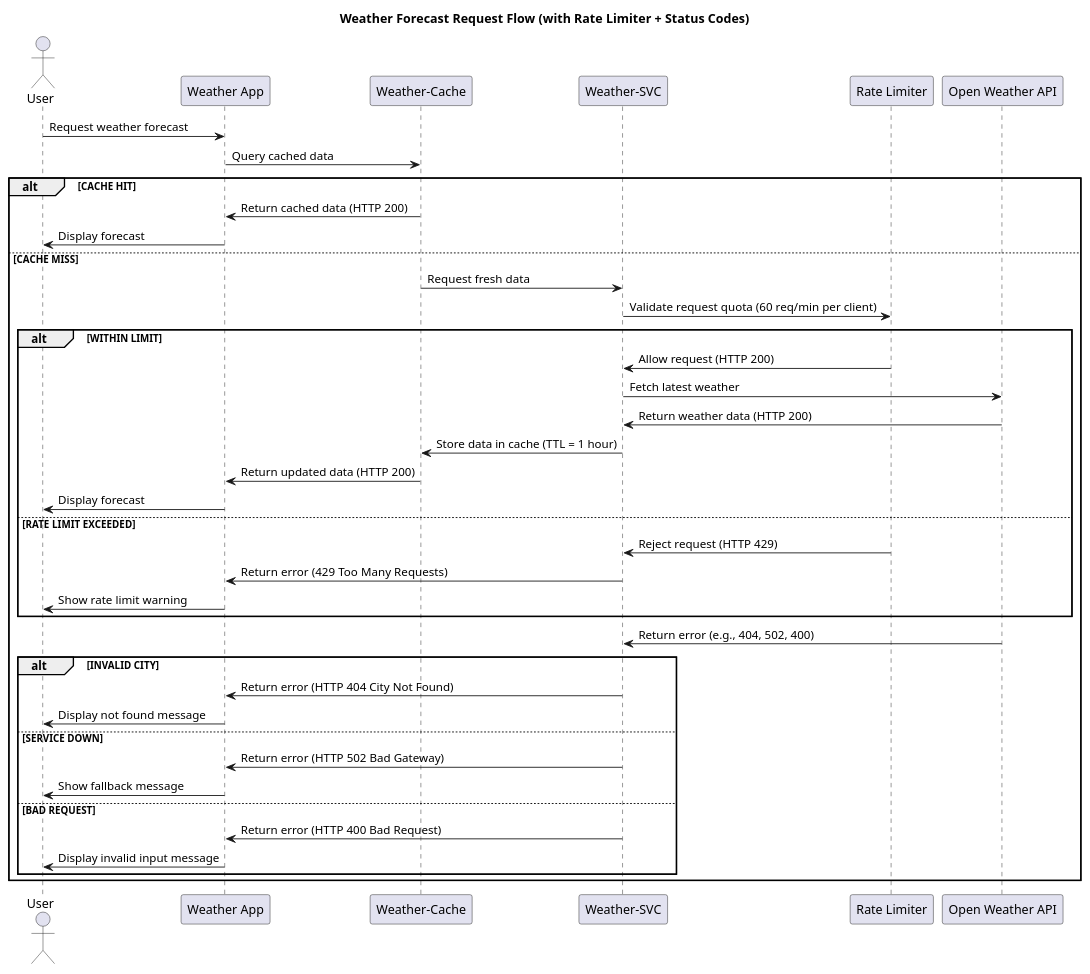
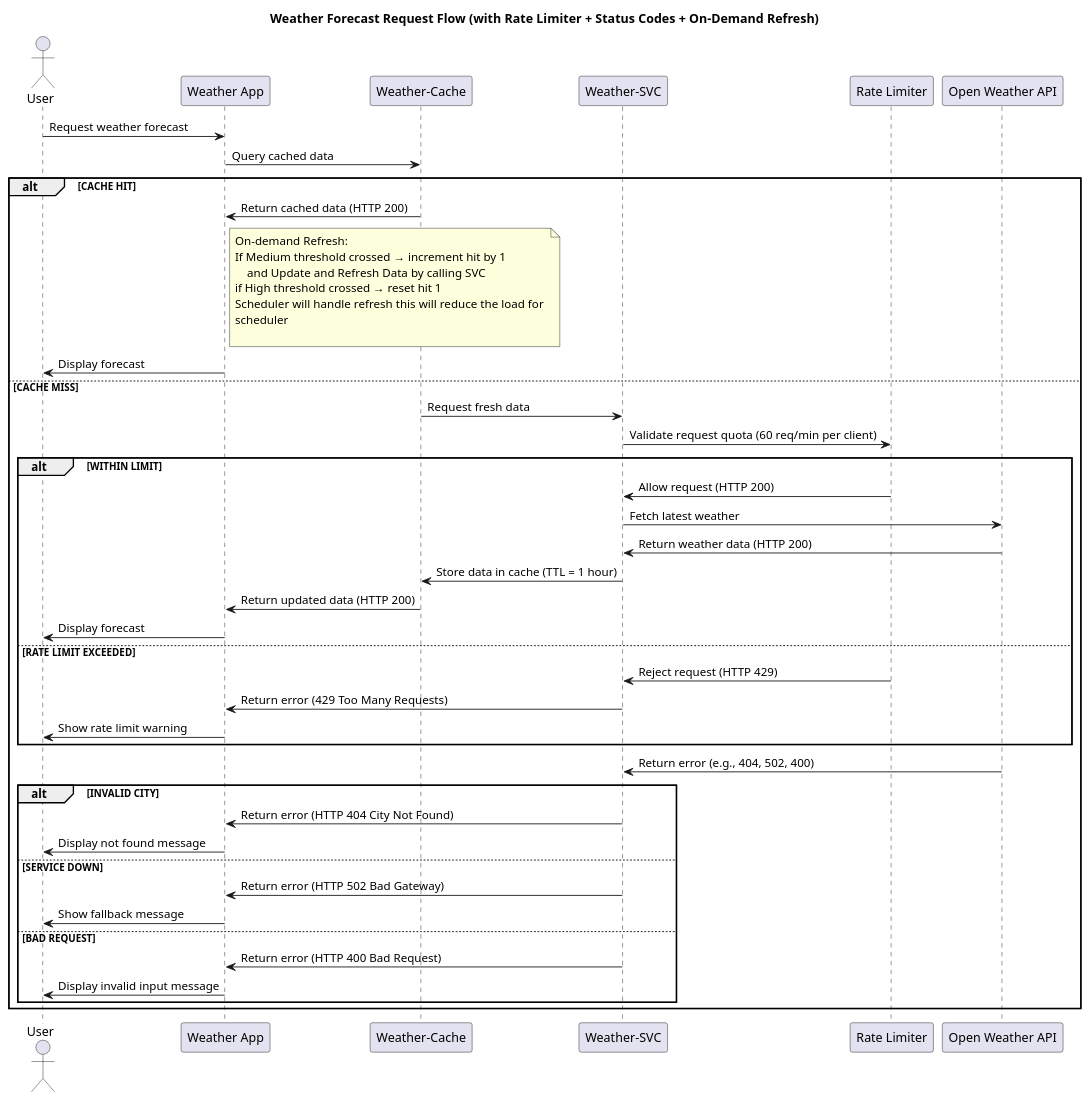
The diagram in SequenceAPIDig.puml (shivamnamdeo0101/weather-app), drawn with PlantUML before and after one commit.

Commit message:
API-dig added

```diff
--- a/SequenceAPIDig.puml
+++ b/SequenceAPIDig.puml
@@ -1,47 +1,56 @@
 @startuml
-title Weather Forecast Request Flow (with Rate Limiter + Status Codes)
+title Weather Forecast Request Flow (with Rate Limiter + Status Codes + On-Demand Refresh)
 
 actor User
 participant "Weather App" as app
 participant "Weather-Cache" as cache
 participant "Weather-SVC" as svc
 participant "Rate Limiter" as limiter
 participant "Open Weather API" as api
 
 User -> app: Request weather forecast
 app -> cache: Query cached data
 
 alt CACHE HIT
     cache -> app: Return cached data (HTTP 200)
+    note right of app
+        On-demand Refresh:
+        If Medium threshold crossed → increment hit by 1
+            and Update and Refresh Data by calling SVC
+        if High threshold crossed → reset hit 1 
+        Scheduler will handle refresh this will reduce the load for 
+        scheduler
+
+    end note
     app -> User: Display forecast
 else CACHE MISS
     cache -> svc: Request fresh data
     svc -> limiter: Validate request quota (60 req/min per client)
 
     alt WITHIN LIMIT
         limiter -> svc: Allow request (HTTP 200)
         svc -> api: Fetch latest weather
         api -> svc: Return weather data (HTTP 200)
         svc -> cache: Store data in cache (TTL = 1 hour)
         cache -> app: Return updated data (HTTP 200)
         app -> User: Display forecast
     else RATE LIMIT EXCEEDED
         limiter -> svc: Reject request (HTTP 429)
         svc -> app: Return error (429 Too Many Requests)
         app -> User: Show rate limit warning
     end
 
     api -> svc: Return error (e.g., 404, 502, 400)
 
     alt INVALID CITY
         svc -> app: Return error (HTTP 404 City Not Found)
         app -> User: Display not found message
     else SERVICE DOWN
         svc -> app: Return error (HTTP 502 Bad Gateway)
         app -> User: Show fallback message
     else BAD REQUEST
         svc -> app: Return error (HTTP 400 Bad Request)
         app -> User: Display invalid input message
     end
 end
 @enduml
```
